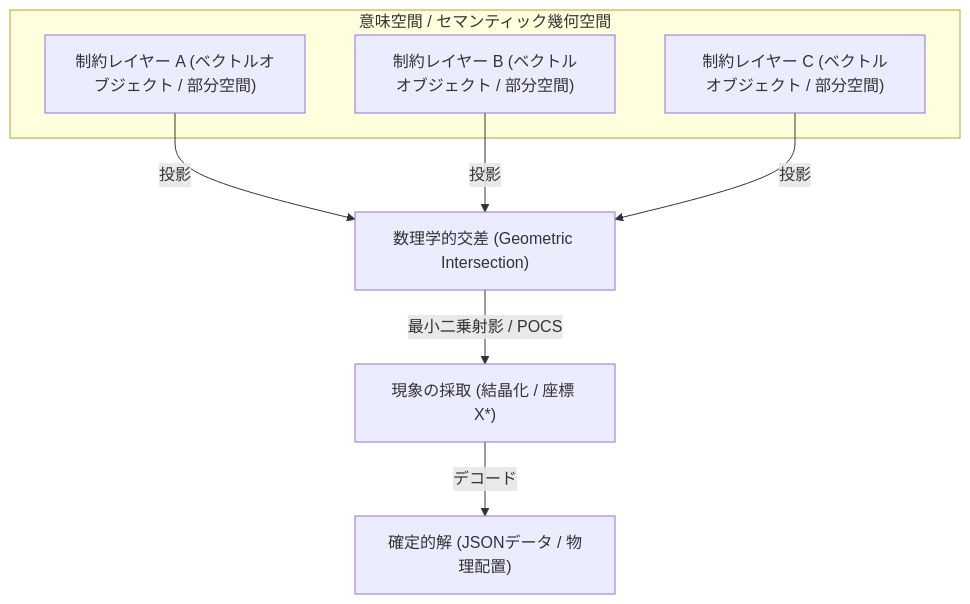
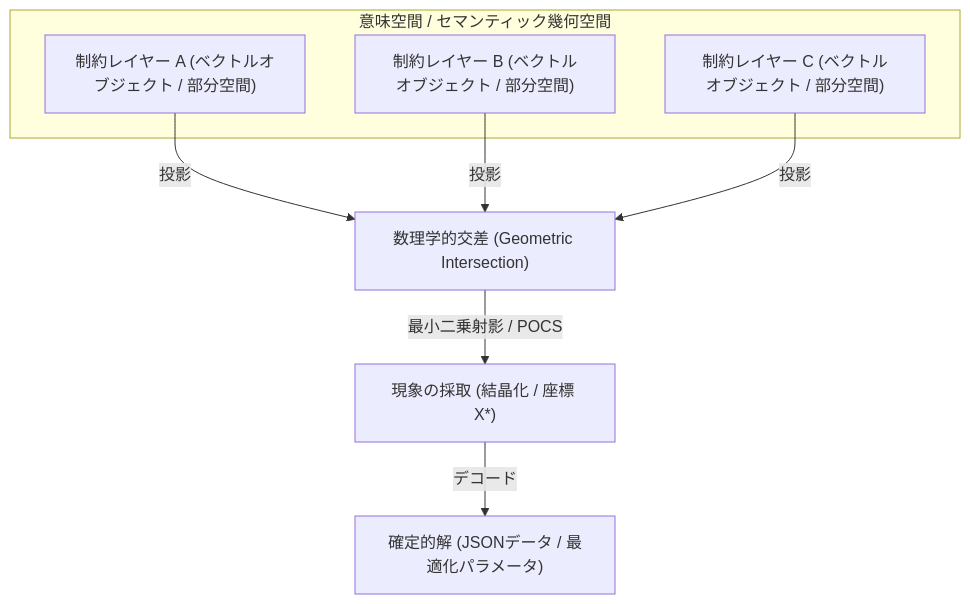
The diagram in meeting_minutes_20260612.md (2423gen-stack/microforce-quantum-solver), drawn with Mermaid before and after one commit. The commit also changed other lines of this file and 13 other files, not shown here.

````diff
--- a/meeting_minutes_20260612.md
+++ b/meeting_minutes_20260612.md
@@ -25,15 +25,15 @@
 ```mermaid
 graph TD
     subgraph 意味空間 / セマンティック幾何空間
         LayerA["制約レイヤー A (ベクトルオブジェクト / 部分空間)"]
         LayerB["制約レイヤー B (ベクトルオブジェクト / 部分空間)"]
         LayerC["制約レイヤー C (ベクトルオブジェクト / 部分空間)"]
     end
 
     LayerA -->|投影| Intersection["数理学的交差 (Geometric Intersection)"]
     LayerB -->|投影| Intersection
     LayerC -->|投影| Intersection
 
     Intersection -->|最小二乗射影 / POCS| Crystallization["現象の採取 (結晶化 / 座標 X*)"]
-    Crystallization -->|デコード| DecodedResult["確定的解 (JSONデータ / 物理配置)"]
+    Crystallization -->|デコード| DecodedResult["確定的解 (JSONデータ / 最適化パラメータ)"]
 ```
````
